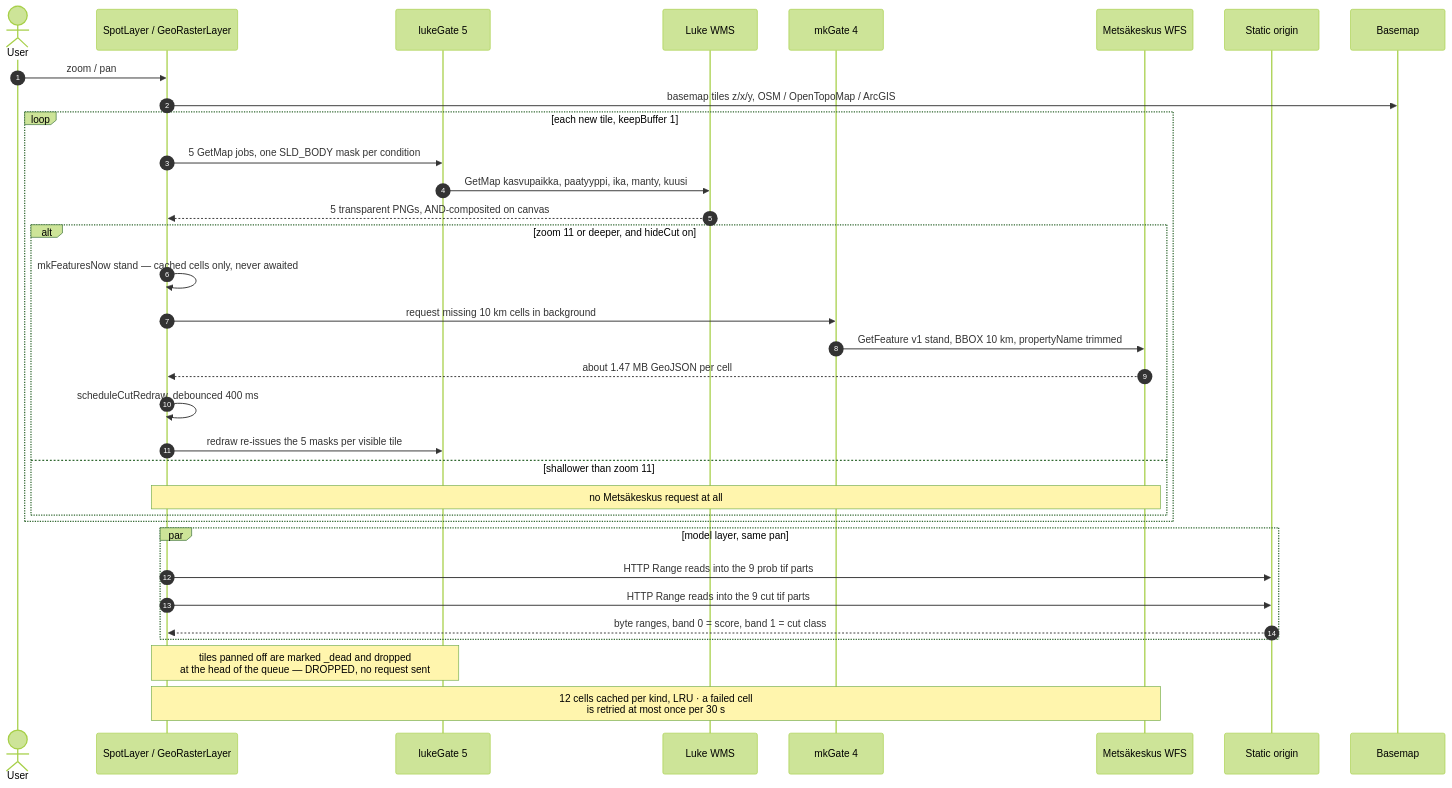
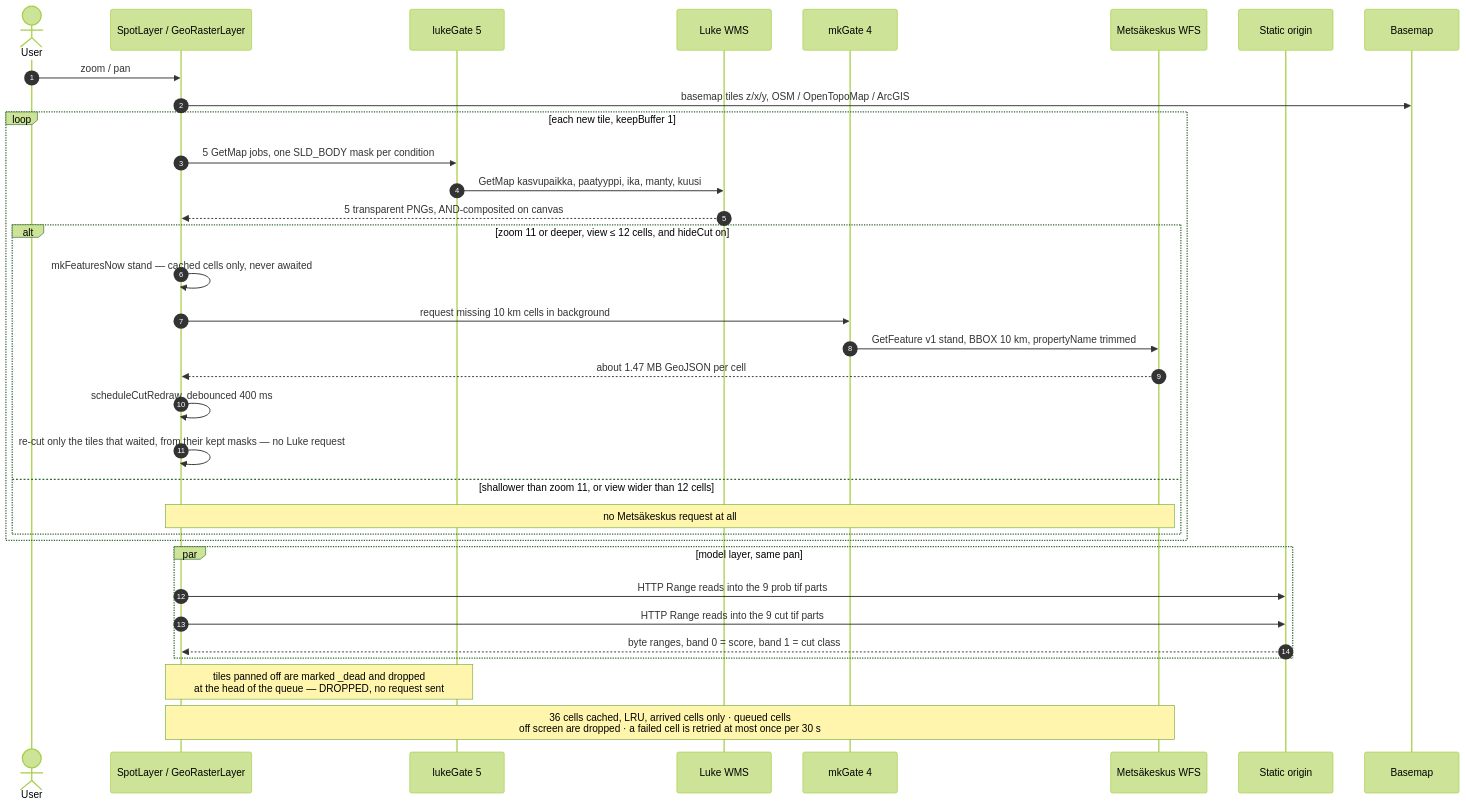
Before and after one commit to mortteli/Matsutake-go: the second of 10 diagrams in docs/NETWORK_REQUESTS.md, drawn with Mermaid (forest theme). The commit also changed other lines of this file and 7 other files, not shown here.

````diff
--- a/docs/NETWORK_REQUESTS.md
+++ b/docs/NETWORK_REQUESTS.md
@@ -50,40 +50,40 @@
 ```mermaid
 sequenceDiagram
   autonumber
   actor U as User
   participant App as SpotLayer / GeoRasterLayer
   participant LQ as lukeGate 5
   participant L as Luke WMS
   participant MQ as mkGate 4
   participant MK as Metsäkeskus WFS
   participant S as Static origin
   participant BM as Basemap
 
   U->>App: zoom / pan
   App->>BM: basemap tiles z/x/y, OSM / OpenTopoMap / ArcGIS
 
   loop each new tile, keepBuffer 1
     App->>LQ: 5 GetMap jobs, one SLD_BODY mask per condition
     LQ->>L: GetMap kasvupaikka, paatyyppi, ika, manty, kuusi
     L-->>App: 5 transparent PNGs, AND-composited on canvas
-    alt zoom 11 or deeper, and hideCut on
+    alt zoom 11 or deeper, view ≤ 12 cells, and hideCut on
       App->>App: mkFeaturesNow stand — cached cells only, never awaited
       App->>MQ: request missing 10 km cells in background
       MQ->>MK: GetFeature v1 stand, BBOX 10 km, propertyName trimmed
       MK-->>App: about 1.47 MB GeoJSON per cell
       App->>App: scheduleCutRedraw, debounced 400 ms
-      App->>LQ: redraw re-issues the 5 masks per visible tile
-    else shallower than zoom 11
+      App->>App: re-cut only the tiles that waited, from their kept masks — no Luke request
+    else shallower than zoom 11, or view wider than 12 cells
       Note over App,MK: no Metsäkeskus request at all
     end
   end
 
   par model layer, same pan
     App->>S: HTTP Range reads into the 9 prob tif parts
     App->>S: HTTP Range reads into the 9 cut tif parts
     S-->>App: byte ranges, band 0 = score, band 1 = cut class
   end
 
   Note over App,LQ: tiles panned off are marked _dead and dropped<br/>at the head of the queue — DROPPED, no request sent
-  Note over App,MK: 12 cells cached per kind, LRU · a failed cell<br/>is retried at most once per 30 s
+  Note over App,MK: 36 cells cached, LRU, arrived cells only · queued cells<br/>off screen are dropped · a failed cell is retried at most once per 30 s
 ```
````
